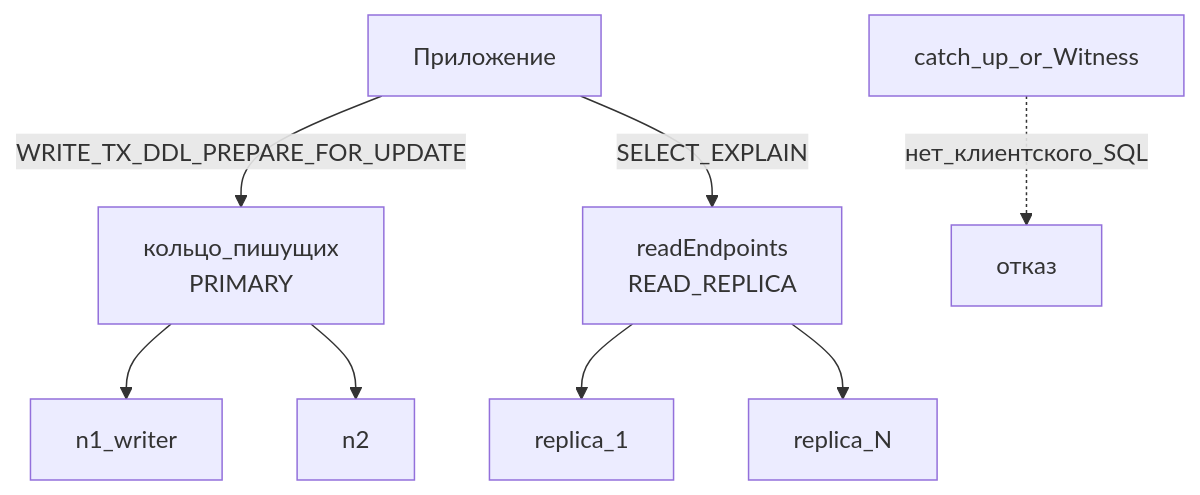
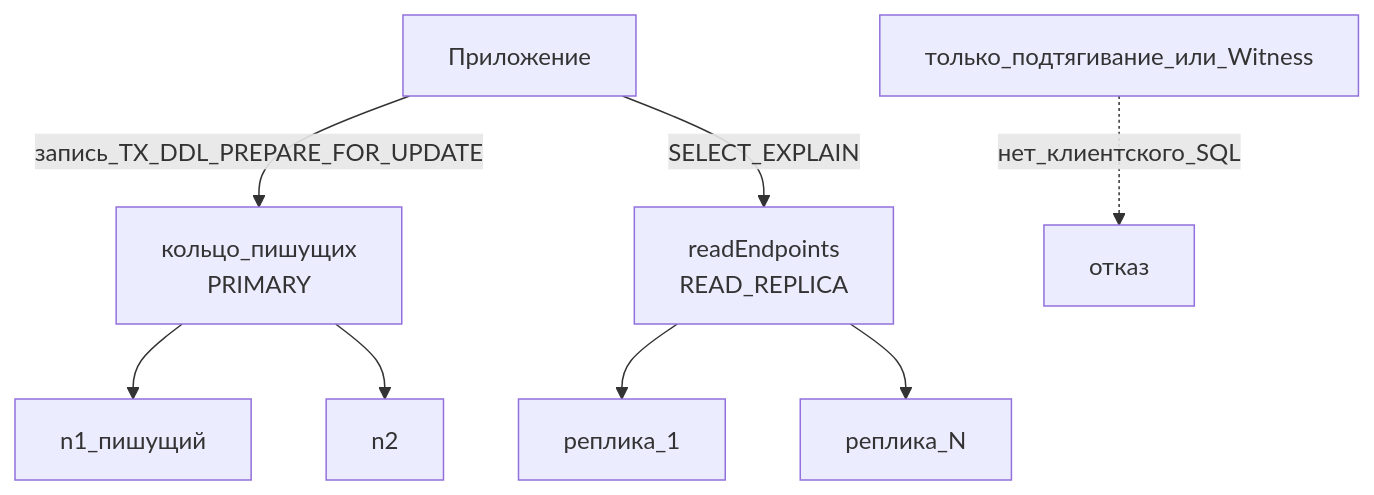
Before and after one commit to GenCloud/grid-sql: the diagram in docs/ru/configure-and-operate/operations/replica-reads.md, drawn with Mermaid. The commit also changed other lines of this file and 28 other files, not shown here.

````diff
--- a/docs/ru/configure-and-operate/operations/replica-reads.md
+++ b/docs/ru/configure-and-operate/operations/replica-reads.md
@@ -7,11 +7,11 @@
 ```mermaid
 flowchart TB
   App[Приложение]
-  App -->|WRITE_TX_DDL_PREPARE_FOR_UPDATE| Writer["кольцо_пишущих\nPRIMARY"]
+  App -->|запись_TX_DDL_PREPARE_FOR_UPDATE| Writer["кольцо_пишущих\nPRIMARY"]
   App -->|SELECT_EXPLAIN| Reads["readEndpoints\nREAD_REPLICA"]
-  Writer --> N1["n1_writer"]
+  Writer --> N1["n1_пишущий"]
   Writer --> N2["n2"]
-  Reads --> R1["replica_1"]
-  Reads --> R2["replica_N"]
-  CatchUpOnly["catch_up_or_Witness"] -.->|нет_клиентского_SQL| X[отказ]
+  Reads --> R1["реплика_1"]
+  Reads --> R2["реплика_N"]
+  CatchUpOnly["только_подтягивание_или_Witness"] -.->|нет_клиентского_SQL| X[отказ]
 ```
````
